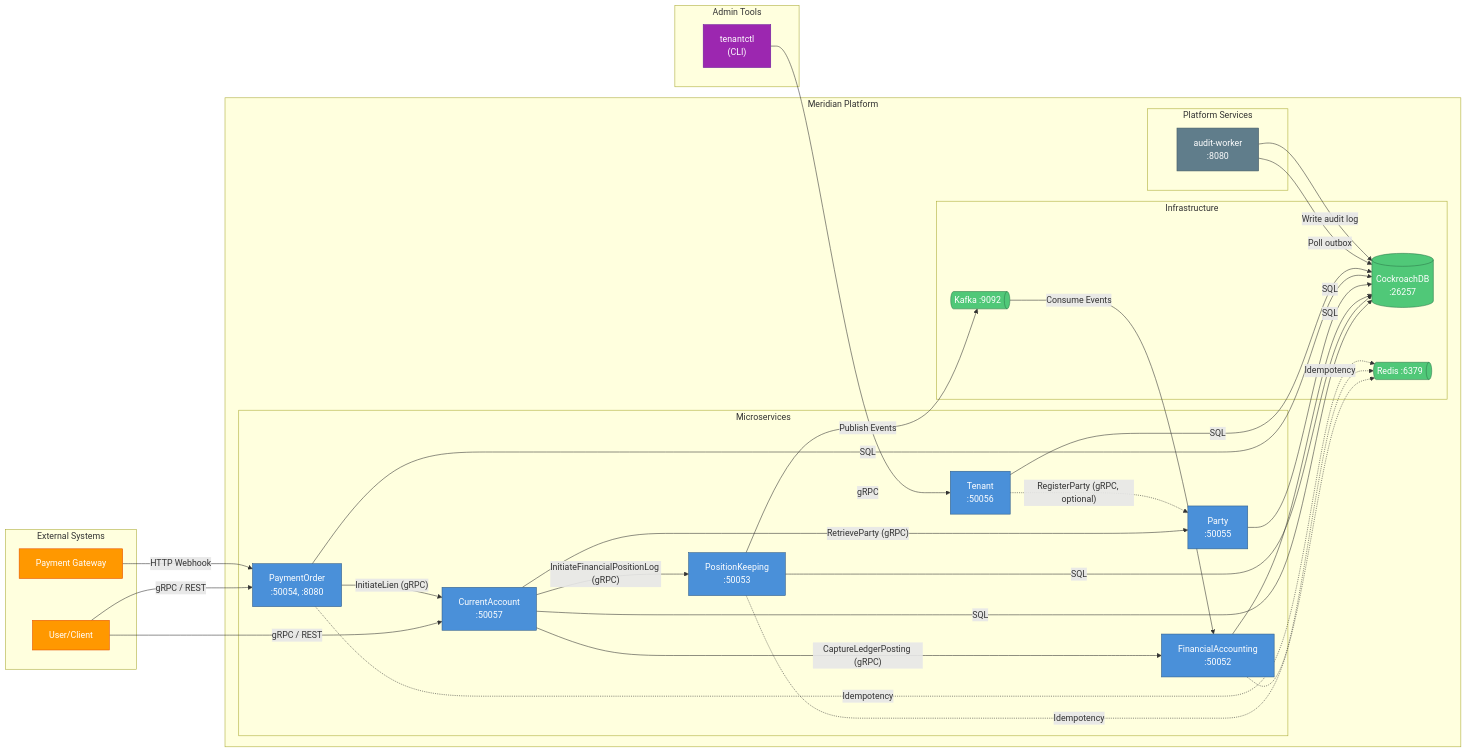
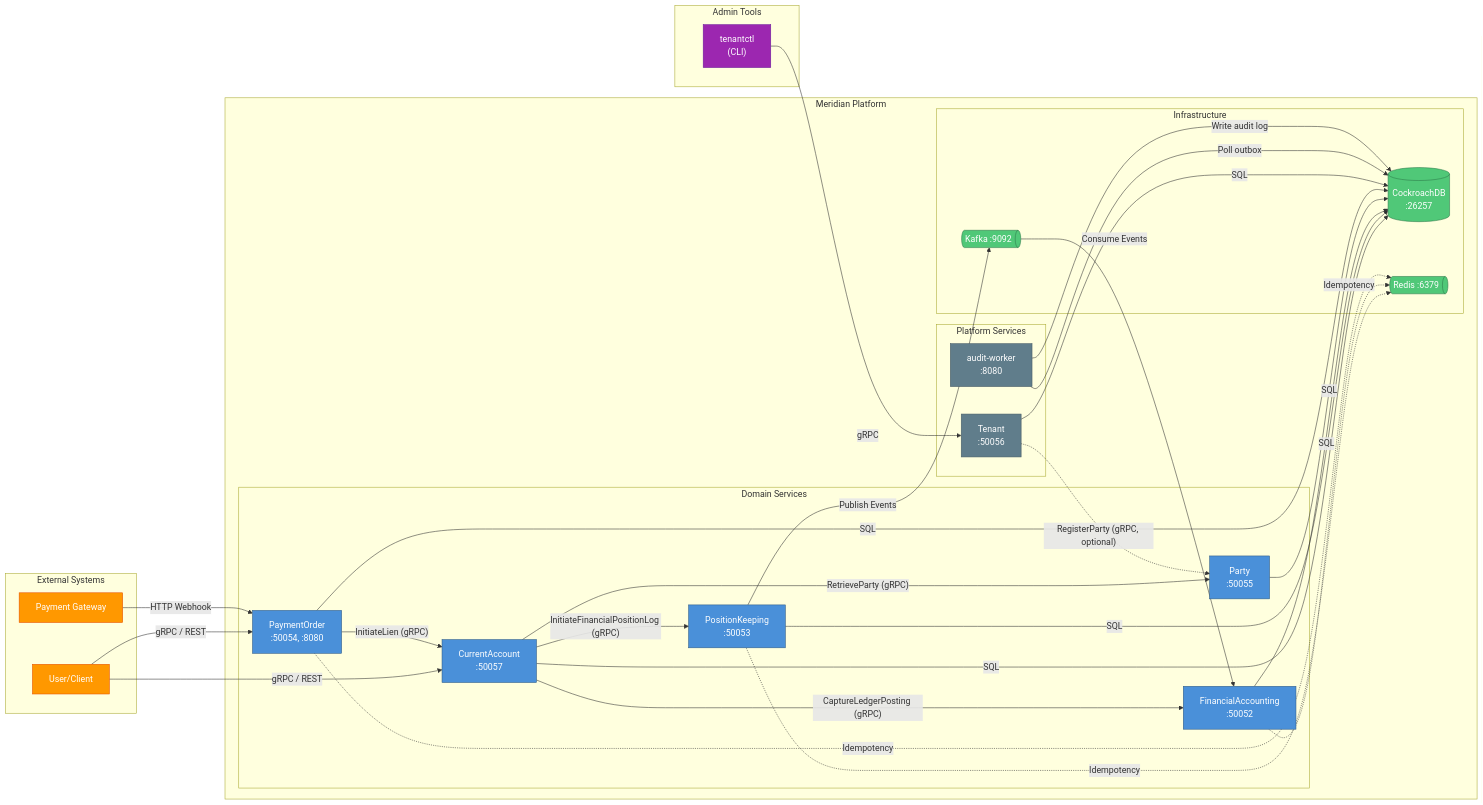
One commit to meridianhub/meridian changed the diagram in services/README.md. Above: the diagram before and after it, drawn with Mermaid. The commit also changed other lines of this file, not shown here.

Commit message:
docs: Group Tenant with audit-worker as Platform Services

````diff
--- a/services/README.md
+++ b/services/README.md
@@ -10,80 +10,80 @@
 ```mermaid
 flowchart LR
     subgraph External["External Systems"]
         User["User/Client"]
         Gateway["Payment Gateway"]
     end
 
     subgraph Admin["Admin Tools"]
         TenantCtl["tenantctl<br/>(CLI)"]
     end
 
     subgraph Platform["Meridian Platform"]
-        subgraph Services["Microservices"]
+        subgraph Services["Domain Services"]
             CA["CurrentAccount<br/>:50057"]
             PK["PositionKeeping<br/>:50053"]
             FA["FinancialAccounting<br/>:50052"]
             Party["Party<br/>:50055"]
             PO["PaymentOrder<br/>:50054, :8080"]
-            Tenant["Tenant<br/>:50056"]
         end
 
         subgraph Platform_Services["Platform Services"]
+            Tenant["Tenant<br/>:50056"]
             AW["audit-worker<br/>:8080"]
         end
 
         subgraph Infrastructure["Infrastructure"]
             DB[("CockroachDB<br/>:26257")]
             Kafka@{ shape: das, label: "Kafka :9092" }
             Redis@{ shape: das, label: "Redis :6379" }
         end
     end
 
     %% Admin tool connections
     TenantCtl -->|"gRPC"| Tenant
 
     %% External connections
     User -->|"gRPC / REST"| CA
     User -->|"gRPC / REST"| PO
     Gateway -->|"HTTP Webhook"| PO
 
     %% gRPC inter-service calls
     CA -->|"RetrieveParty (gRPC)"| Party
     CA -->|"InitiateFinancialPositionLog (gRPC)"| PK
     CA -->|"CaptureLedgerPosting (gRPC)"| FA
     PO -->|"InitiateLien (gRPC)"| CA
     Tenant -.->|"RegisterParty (gRPC, optional)"| Party
 
     %% Kafka event streaming
     PK -->|"Publish Events"| Kafka
     Kafka -->|"Consume Events"| FA
 
     %% Database connections
     CA -->|"SQL"| DB
     PK -->|"SQL"| DB
     FA -->|"SQL"| DB
     Party -->|"SQL"| DB
     PO -->|"SQL"| DB
     Tenant -->|"SQL"| DB
 
     %% Redis (optional idempotency)
     PK -.->|"Idempotency"| Redis
     FA -.->|"Idempotency"| Redis
     PO -.->|"Idempotency"| Redis
 
     %% audit-worker connections
     AW -->|"Poll outbox"| DB
     AW -->|"Write audit log"| DB
 
     classDef service fill:#4a90d9,stroke:#2d5a87,color:#fff
     classDef platform fill:#607d8b,stroke:#455a64,color:#fff
     classDef storage fill:#50c878,stroke:#2d7a4a,color:#fff
     classDef external fill:#ff9800,stroke:#e65100,color:#fff
     classDef admin fill:#9c27b0,stroke:#6a1b9a,color:#fff
 
-    class CA,PK,FA,Party,PO,Tenant service
-    class AW platform
+    class CA,PK,FA,Party,PO service
+    class Tenant,AW platform
     class DB,Kafka,Redis storage
     class User,Gateway external
     class TenantCtl admin
 ```
````
